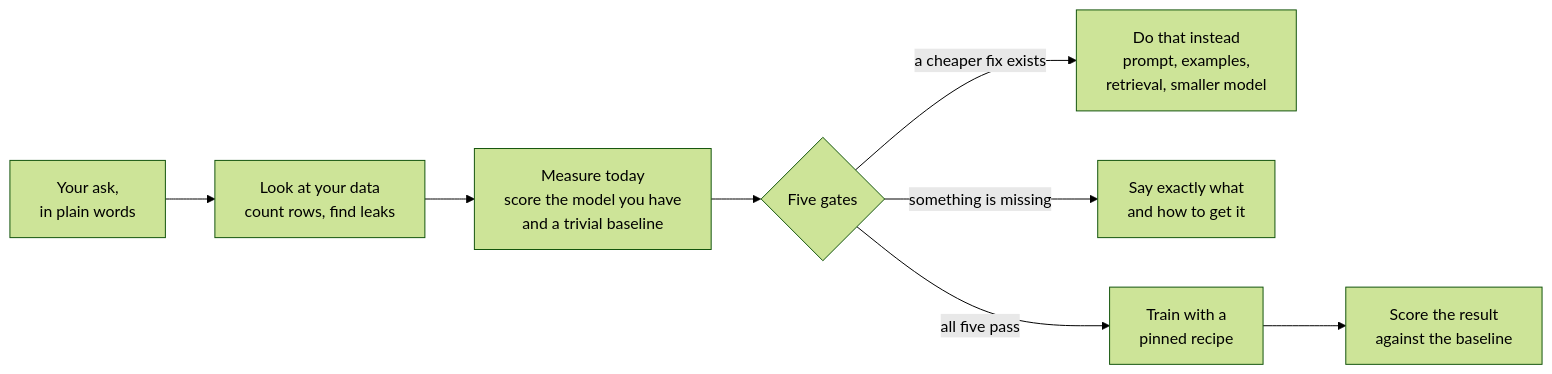
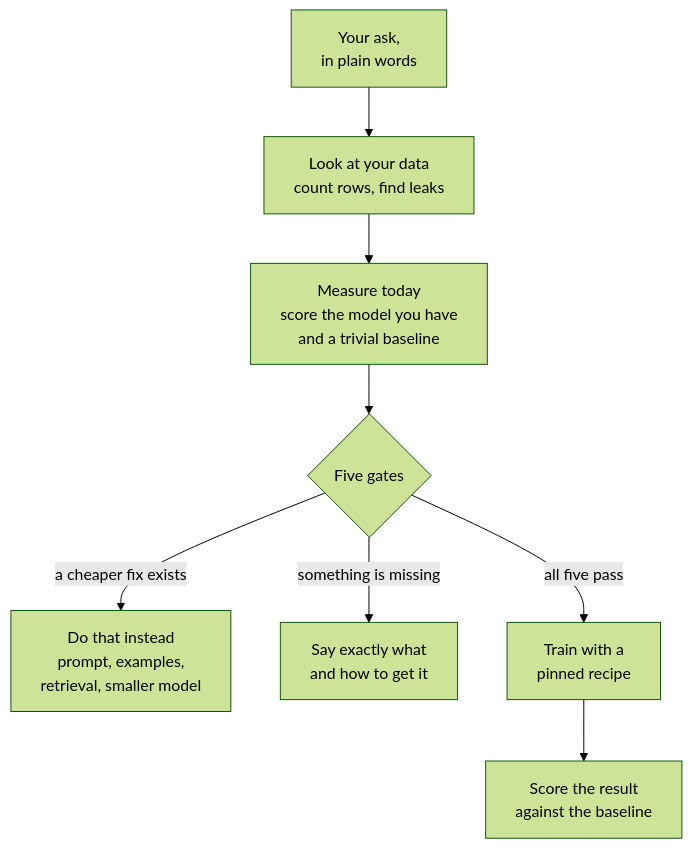
Before and after one commit to naidx0/ml-harness-app: the first of 3 diagrams in README.md, drawn with Mermaid (forest theme).

Commit message:
README: main flowchart reads top to bottom

````diff
--- a/README.md
+++ b/README.md
@@ -47,10 +47,10 @@
 ```mermaid
-flowchart LR
+flowchart TD
     A["Your ask,<br/>in plain words"] --> B["Look at your data<br/>count rows, find leaks"]
     B --> C["Measure today<br/>score the model you have<br/>and a trivial baseline"]
     C --> D{"Five gates"}
     D -- "a cheaper fix exists" --> E["Do that instead<br/>prompt, examples,<br/>retrieval, smaller model"]
     D -- "something is missing" --> F["Say exactly what<br/>and how to get it"]
     D -- "all five pass" --> G["Train with a<br/>pinned recipe"]
     G --> H["Score the result<br/>against the baseline"]
 ```
````
